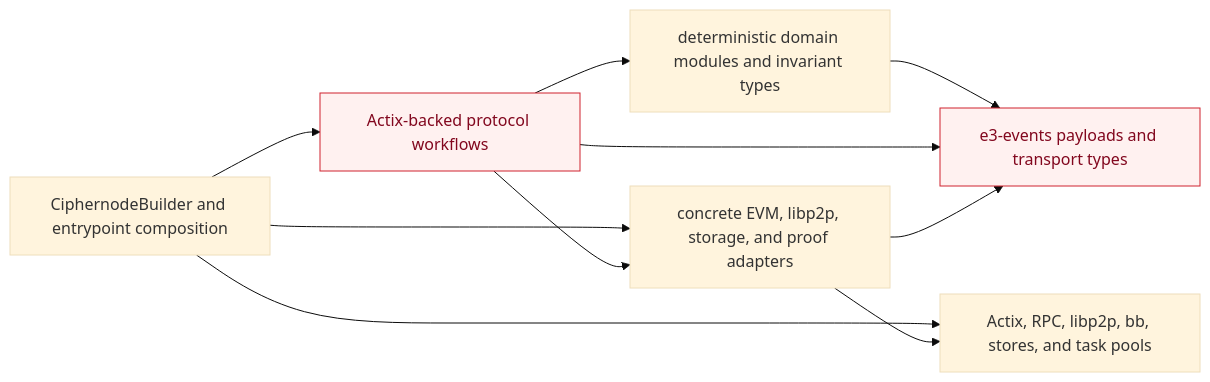
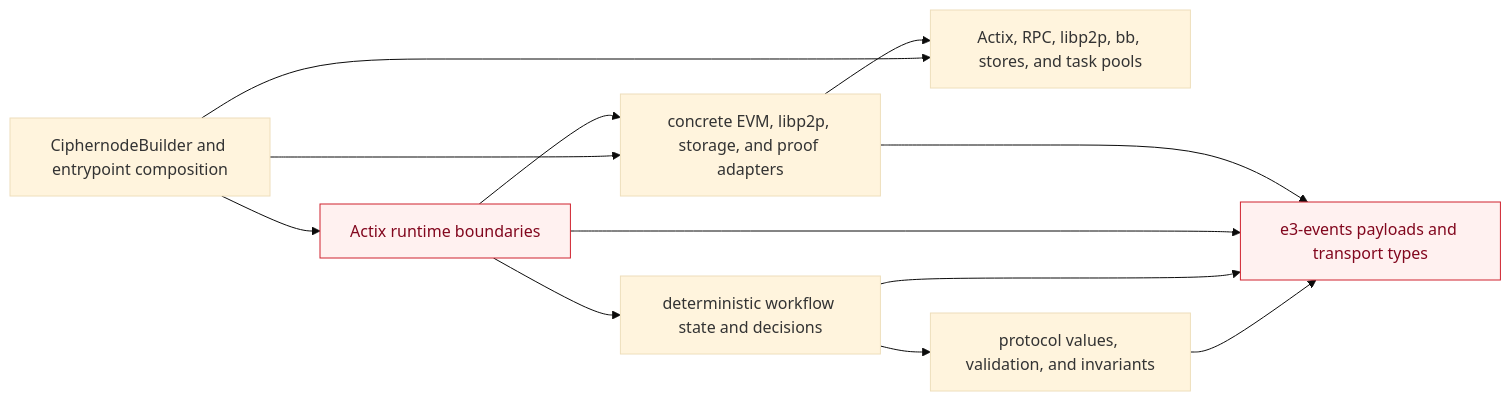
The second of 15 diagrams in agent/CRATES_ARCHITECTURE.md (gnosisguild/interfold), drawn with Mermaid (base theme) before and after one commit. The commit also changed other lines of this file and 237 other files, not shown here.

First line of the commit message:
refactor: separate ciphernode actors from workflows [skip-line-limit]

````diff
--- a/agent/CRATES_ARCHITECTURE.md
+++ b/agent/CRATES_ARCHITECTURE.md
@@ -181,15 +182,17 @@
 ```mermaid
 flowchart LR
-    Composition[CiphernodeBuilder and entrypoint composition] --> App[Actix-backed protocol workflows]
+    Composition[CiphernodeBuilder and entrypoint composition] --> Actors[Actix runtime boundaries]
     Composition --> Adapters[concrete EVM, libp2p, storage, and proof adapters]
     Composition --> Infra[Actix, RPC, libp2p, bb, stores, and task pools]
-    App --> Domain[deterministic domain modules and invariant types]
-    App --> Adapters
+    Actors --> Workflow[deterministic workflow state and decisions]
+    Actors --> Adapters
+    Workflow --> Domain[protocol values, validation, and invariants]
     Adapters --> Infra
     Domain --> Shared[e3-events payloads and transport types]
-    App --> Shared
+    Workflow --> Shared
+    Actors --> Shared
     Adapters --> Shared
 
     classDef debt fill:#fff1f0,stroke:#cf222e,color:#82071e
-    class App,Shared debt
+    class Actors,Shared debt
 ```
````
